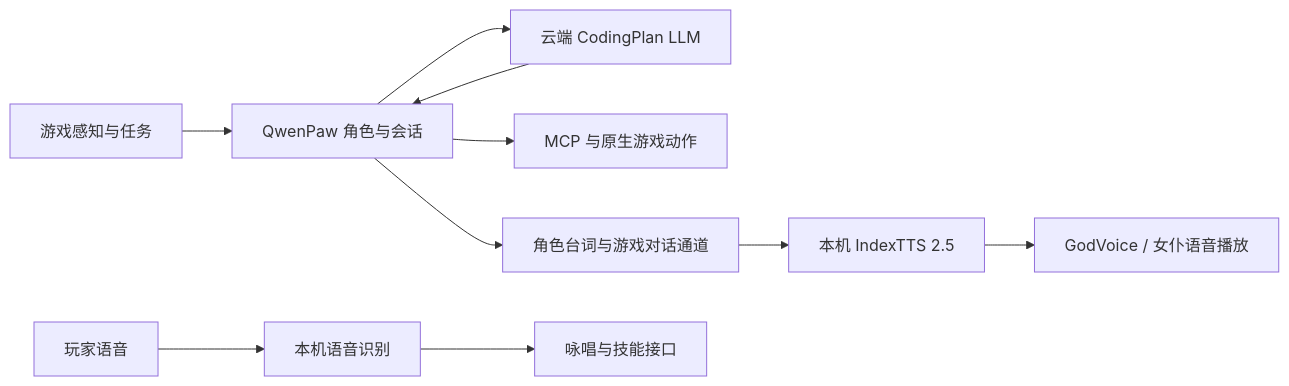
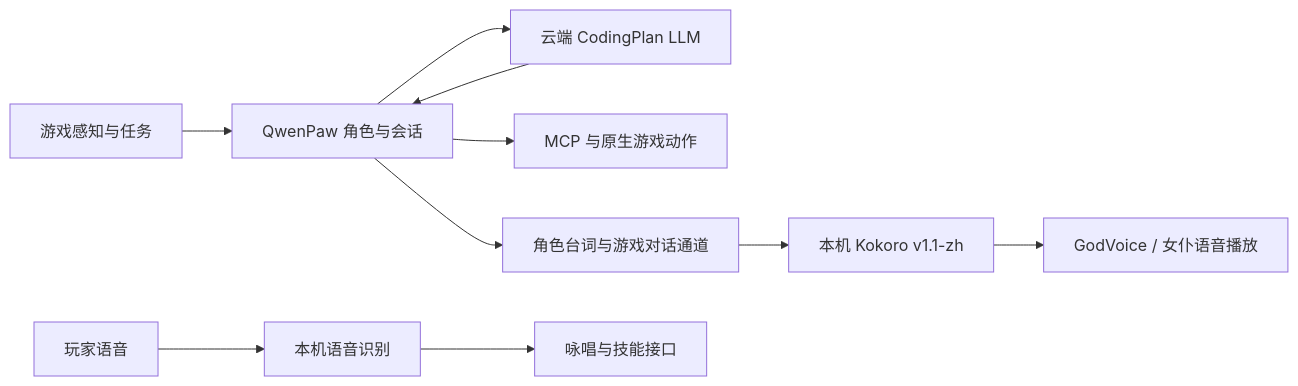
The diagram in docs/LOCAL-SPEECH-CLOUD-LLM.md (jcs130/minecraft-ai-friend), drawn with Mermaid before and after one commit. The commit also changed other lines of this file and 14 other files, not shown here.

Commit message:
feat: switch game speech to local low-latency Kokoro

````diff
--- a/docs/LOCAL-SPEECH-CLOUD-LLM.md
+++ b/docs/LOCAL-SPEECH-CLOUD-LLM.md
@@ -5,12 +7,12 @@
 ```mermaid
 flowchart LR
     World[游戏感知与任务] --> Agent[QwenPaw 角色与会话]
     Agent --> Cloud[云端 CodingPlan LLM]
     Cloud --> Agent
     Agent --> Action[MCP 与原生游戏动作]
     Agent --> Speech[角色台词与游戏对话通道]
-    Speech --> TTS[本机 IndexTTS 2.5]
+    Speech --> TTS[本机 Kokoro v1.1-zh]
     TTS --> Audio[GodVoice / 女仆语音播放]
     Mic[玩家语音] --> ASR[本机语音识别]
     ASR --> Skill[咏唱与技能接口]
 ```
````
